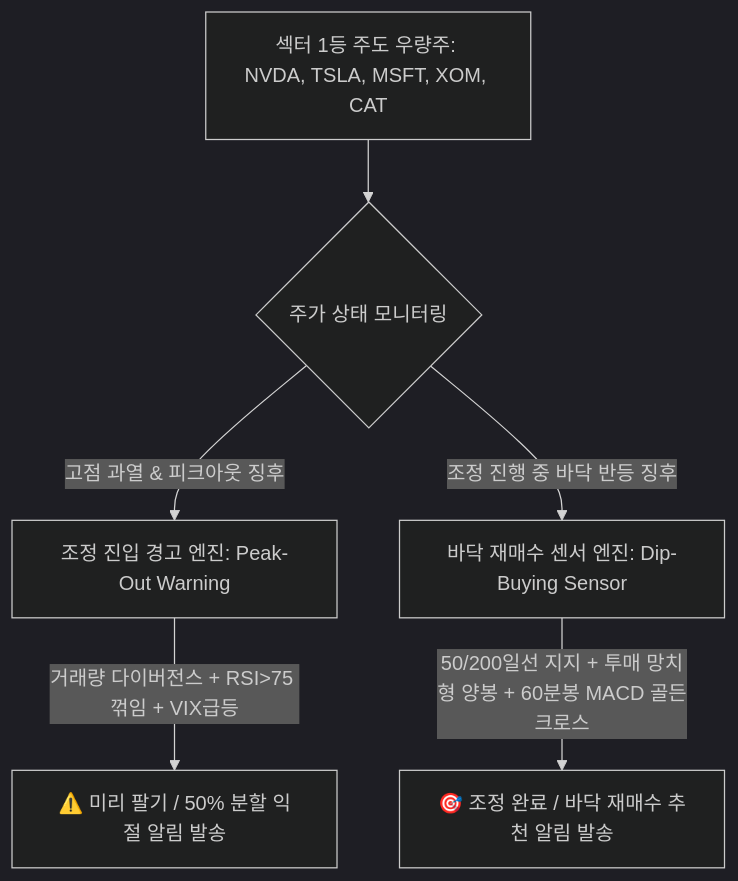
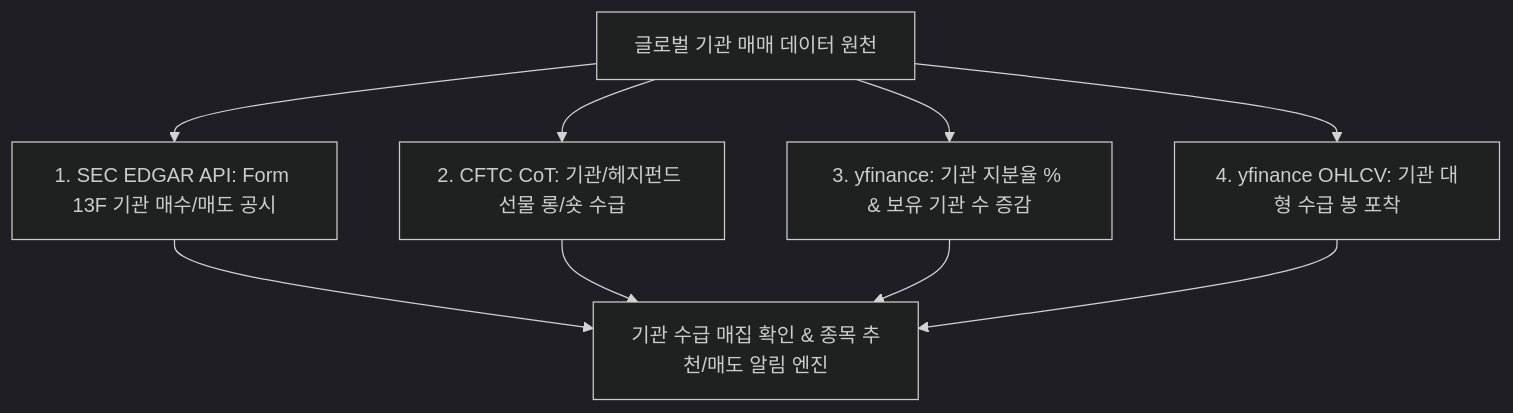
The diagram in docs/proposals/MACRO_STOCK_RECOMMENDATION_PROPOSAL.md (tjrdlsck/StockLatte), drawn with Mermaid (dark theme) before and after one commit. The commit also changed other lines of this file, not shown here.

First line of the commit message:
[docs]: SEC Form 13F 기관 지분 공시 및 CFTC CoT 기관 선물 수급 파이프라인 추가

````diff
--- a/docs/proposals/MACRO_STOCK_RECOMMENDATION_PROPOSAL.md
+++ b/docs/proposals/MACRO_STOCK_RECOMMENDATION_PROPOSAL.md
@@ -22,8 +23,8 @@
 ```mermaid
 flowchart TD
-    A[섹터 1등 주도 우량주: NVDA, TSLA, MSFT, XOM, CAT] --> B{주가 상태 모니터링}
-    B -- 고점 과열 & 피크아웃 징후 --> C[조정 진입 경고 엔진: Peak-Out Warning]
-    C -- 거래량 다이버전스 + RSI>75 꺾임 + VIX급등 --> D[⚠️ 미리 팔기 / 50% 분할 익절 알림 발송]
-    B -- 조정 진행 중 바닥 반등 징후 --> E[바닥 재매수 센서 엔진: Dip-Buying Sensor]
-    E -- 50/200일선 지지 + 투매 망치형 양봉 + 60분봉 MACD 골든크로스 --> F[🎯 조정 완료 / 바닥 재매수 추천 알림 발송]
+    A[글로벌 기관 매매 데이터 원천] --> B[1. SEC EDGAR API: Form 13F 기관 매수/매도 공시]
+    A --> C[2. CFTC CoT: 기관/헤지펀드 선물 롱/숏 수급]
+    A --> D[3. yfinance: 기관 지분율 % & 보유 기관 수 증감]
+    A --> E[4. yfinance OHLCV: 기관 대형 수급 봉 포착]
+    B & C & D & E --> F[기관 수급 매집 확인 & 종목 추천/매도 알림 엔진]
 ```
````
